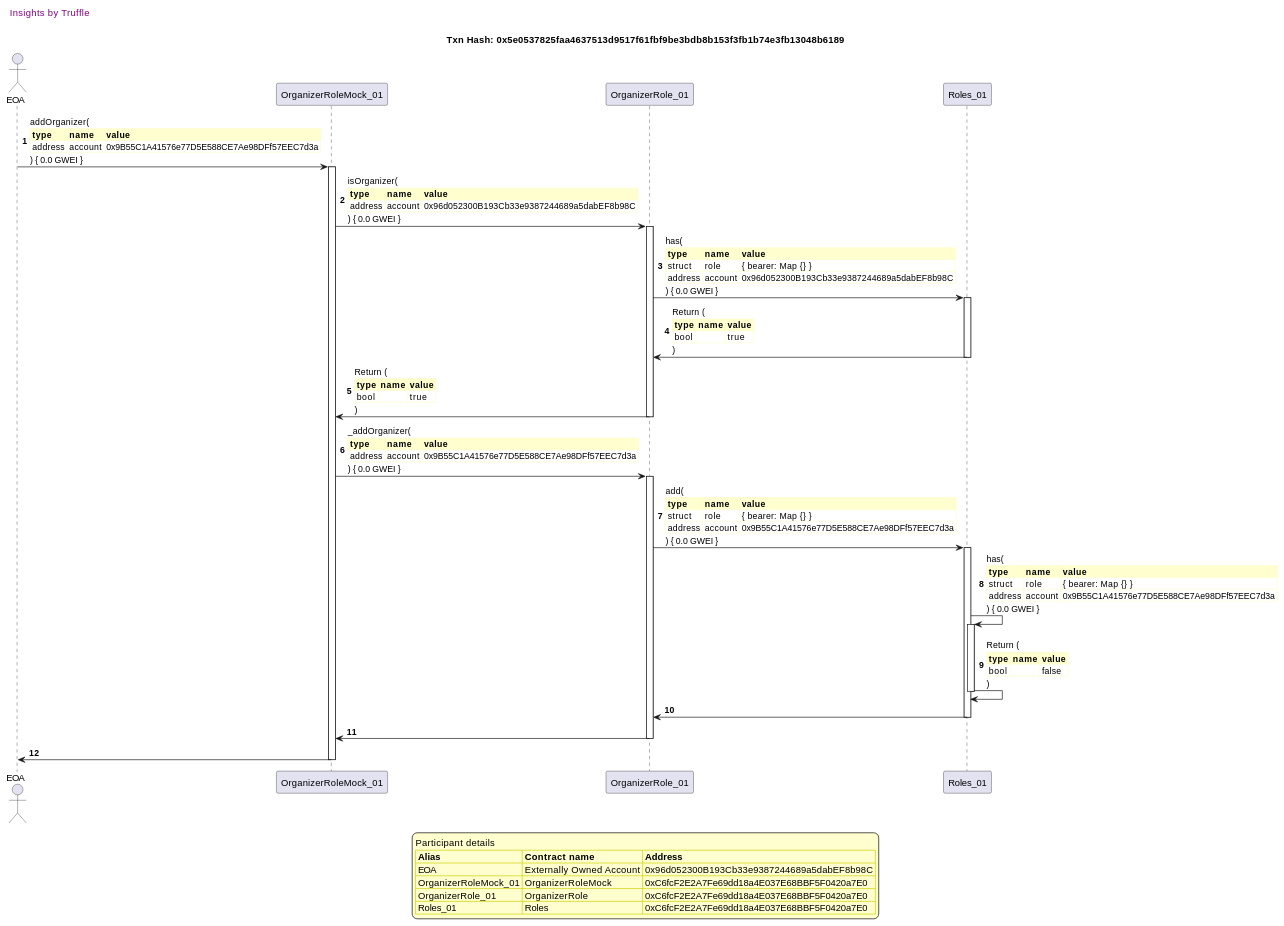
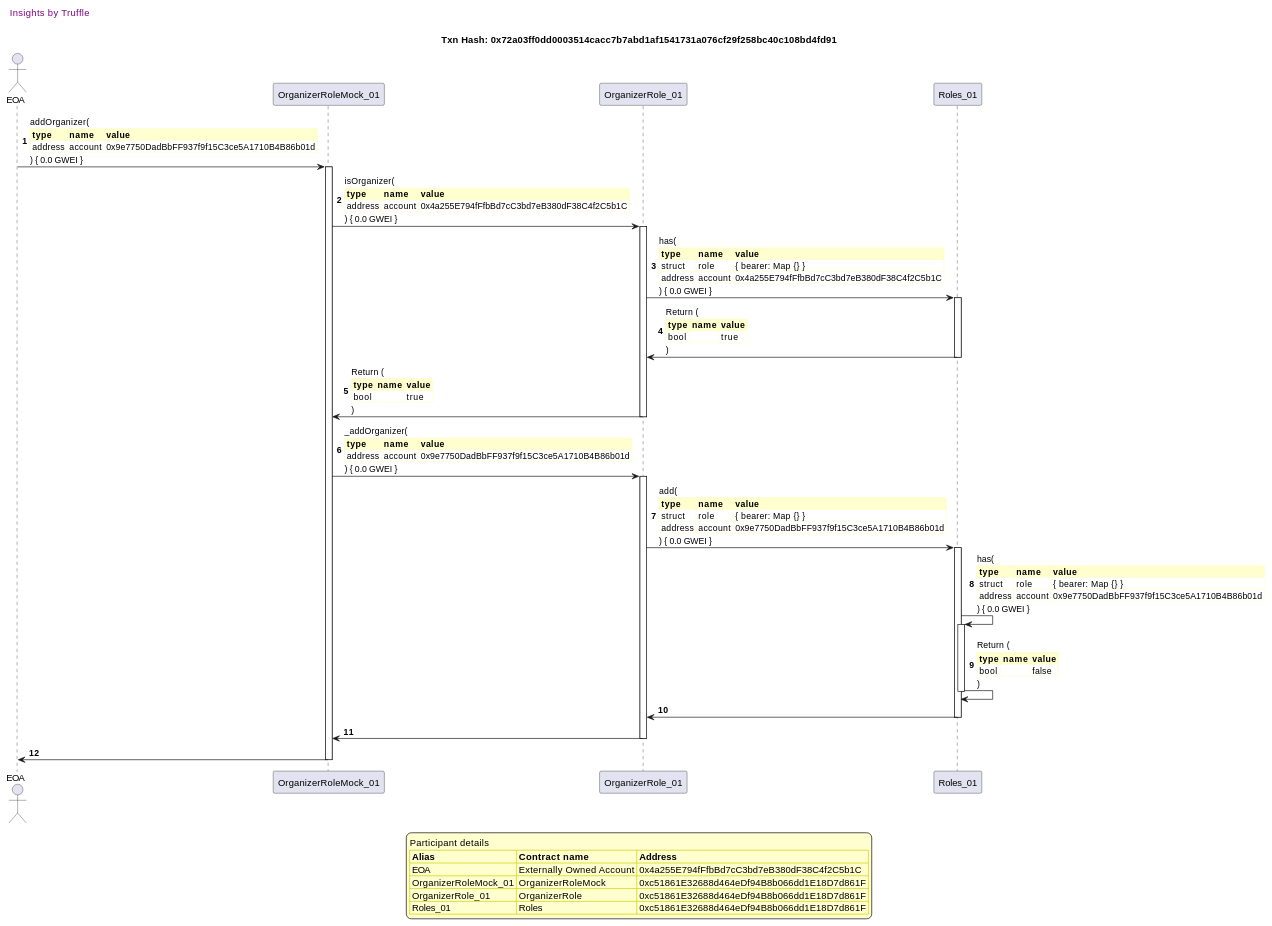
One commit to fodisi/hackapay changed the sixth of 41 diagrams in truffle-seq/roles_organizerrole.md. Above: the diagram before and after it, drawn with PlantUML. The commit also changed other lines of this file and 10 other files, not shown here.

````diff
--- a/truffle-seq/roles_organizerrole.md
+++ b/truffle-seq/roles_organizerrole.md
@@ -398,81 +398,81 @@
 ```plantuml
 
 
 @startuml
 
 autonumber
 skinparam legendBackgroundColor #FEFECE
 
 <style>
       header {
         HorizontalAlignment left
         FontColor purple
         FontSize 14
         Padding 10
       }
     </style>
 
 header Insights by Truffle
 
-title Txn Hash: 0x5e0537825faa4637513d9517f61fbf9be3bdb8b153f3fb1b74e3fb13048b6189
+title Txn Hash: 0x72a03ff0dd0003514cacc7b7abd1af1541731a076cf29f258bc40c108bd4fd91
 
 
 actor EOA as "EOA"
 participant OrganizerRoleMock_01 as "OrganizerRoleMock_01"
 participant OrganizerRole_01 as "OrganizerRole_01"
 participant Roles_01 as "Roles_01"
 
 "EOA" -> "OrganizerRoleMock_01" ++: addOrganizer(\n\
 <#FEFECE,#FEFECE>|= type |= name |= value |\n\
-| address | account | 0x9B55C1A41576e77D5E588CE7Ae98DFf57EEC7d3a |\n\
+| address | account | 0x9e7750DadBbFF937f9f15C3ce5A1710B4B86b01d |\n\
 ) { 0.0 GWEI }
 "OrganizerRoleMock_01" -> "OrganizerRole_01" ++: isOrganizer(\n\
 <#FEFECE,#FEFECE>|= type |= name |= value |\n\
-| address | account | 0x96d052300B193Cb33e9387244689a5dabEF8b98C |\n\
+| address | account | 0x4a255E794fFfbBd7cC3bd7eB380dF38C4f2C5b1C |\n\
 ) { 0.0 GWEI }
 "OrganizerRole_01" -> "Roles_01" ++: has(\n\
 <#FEFECE,#FEFECE>|= type |= name |= value |\n\
 | struct | role | { bearer: Map {} } |\n\
-| address | account | 0x96d052300B193Cb33e9387244689a5dabEF8b98C |\n\
+| address | account | 0x4a255E794fFfbBd7cC3bd7eB380dF38C4f2C5b1C |\n\
 ) { 0.0 GWEI }
 "Roles_01" -> "OrganizerRole_01" --: Return (\n\
 <#FEFECE,#FEFECE>|= type |= name |= value |\n\
 | bool |  | true |\n\
 )
 "OrganizerRole_01" -> "OrganizerRoleMock_01" --: Return (\n\
 <#FEFECE,#FEFECE>|= type |= name |= value |\n\
 | bool |  | true |\n\
 )
 "OrganizerRoleMock_01" -> "OrganizerRole_01" ++: _addOrganizer(\n\
 <#FEFECE,#FEFECE>|= type |= name |= value |\n\
-| address | account | 0x9B55C1A41576e77D5E588CE7Ae98DFf57EEC7d3a |\n\
+| address | account | 0x9e7750DadBbFF937f9f15C3ce5A1710B4B86b01d |\n\
 ) { 0.0 GWEI }
 "OrganizerRole_01" -> "Roles_01" ++: add(\n\
 <#FEFECE,#FEFECE>|= type |= name |= value |\n\
 | struct | role | { bearer: Map {} } |\n\
-| address | account | 0x9B55C1A41576e77D5E588CE7Ae98DFf57EEC7d3a |\n\
+| address | account | 0x9e7750DadBbFF937f9f15C3ce5A1710B4B86b01d |\n\
 ) { 0.0 GWEI }
 "Roles_01" -> "Roles_01" ++: has(\n\
 <#FEFECE,#FEFECE>|= type |= name |= value |\n\
 | struct | role | { bearer: Map {} } |\n\
-| address | account | 0x9B55C1A41576e77D5E588CE7Ae98DFf57EEC7d3a |\n\
+| address | account | 0x9e7750DadBbFF937f9f15C3ce5A1710B4B86b01d |\n\
 ) { 0.0 GWEI }
 "Roles_01" -> "Roles_01" --: Return (\n\
 <#FEFECE,#FEFECE>|= type |= name |= value |\n\
 | bool |  | false |\n\
 )
 "Roles_01" -> "OrganizerRole_01" --: 
 "OrganizerRole_01" -> "OrganizerRoleMock_01" --: 
 "OrganizerRoleMock_01" -> "EOA" --: 
 
 legend
 Participant details
 <#FEFECE,#D0D000>|= Alias |= Contract name |= Address |
-<#FEFECE>| EOA | Externally Owned Account | 0x96d052300B193Cb33e9387244689a5dabEF8b98C |
-<#FEFECE>| OrganizerRoleMock_01 | OrganizerRoleMock | 0xC6fcF2E2A7Fe69dd18a4E037E68BBF5F0420a7E0 |
-<#FEFECE>| OrganizerRole_01 | OrganizerRole | 0xC6fcF2E2A7Fe69dd18a4E037E68BBF5F0420a7E0 |
-<#FEFECE>| Roles_01 | Roles | 0xC6fcF2E2A7Fe69dd18a4E037E68BBF5F0420a7E0 |
+<#FEFECE>| EOA | Externally Owned Account | 0x4a255E794fFfbBd7cC3bd7eB380dF38C4f2C5b1C |
+<#FEFECE>| OrganizerRoleMock_01 | OrganizerRoleMock | 0xc51861E32688d464eDf94B8b066dd1E18D7d861F |
+<#FEFECE>| OrganizerRole_01 | OrganizerRole | 0xc51861E32688d464eDf94B8b066dd1E18D7d861F |
+<#FEFECE>| Roles_01 | Roles | 0xc51861E32688d464eDf94B8b066dd1E18D7d861F |
 endlegend
 
 @enduml
 ```
````
